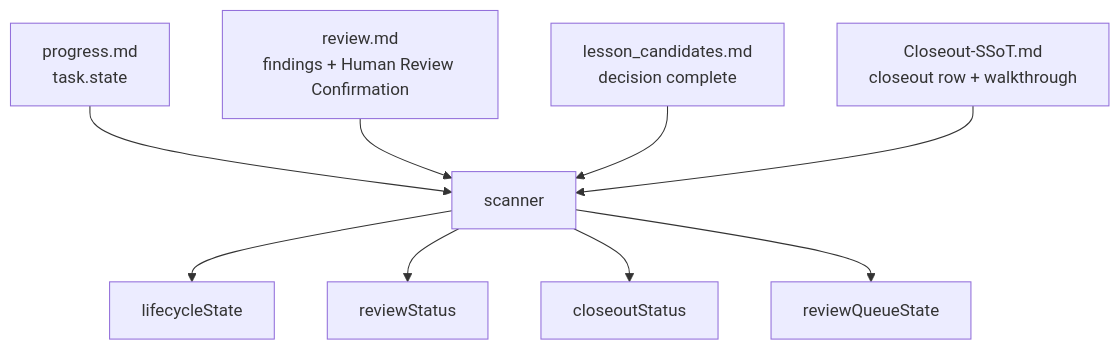
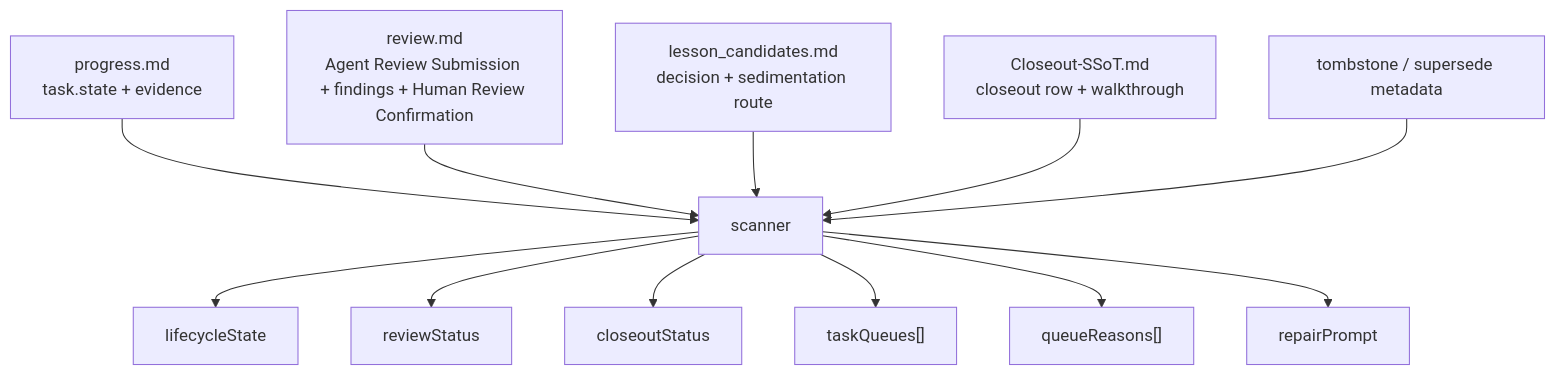
Before and after one commit to FairladyZ625/coding-agent-harness: the second of 4 diagrams in docs-release/guides/task-state-machine.en-US.md, drawn with Mermaid. The commit also changed other lines of this file and 29 other files, not shown here.

````diff
--- a/docs-release/guides/task-state-machine.en-US.md
+++ b/docs-release/guides/task-state-machine.en-US.md
@@ -32,18 +39,22 @@
 ```mermaid
 flowchart TB
-  Progress["progress.md<br/>task.state"]
-  Review["review.md<br/>findings + Human Review Confirmation"]
-  Lessons["lesson_candidates.md<br/>decision complete"]
+  Progress["progress.md<br/>task.state + evidence"]
+  Review["review.md<br/>Agent Review Submission + findings + Human Review Confirmation"]
+  Lessons["lesson_candidates.md<br/>decision + sedimentation route"]
   Closeout["Closeout-SSoT.md<br/>closeout row + walkthrough"]
+  Tombstone["tombstone / supersede metadata"]
   Scanner["scanner"]
 
   Progress --> Scanner
   Review --> Scanner
   Lessons --> Scanner
   Closeout --> Scanner
+  Tombstone --> Scanner
 
   Scanner --> Lifecycle["lifecycleState"]
   Scanner --> ReviewStatus["reviewStatus"]
   Scanner --> CloseoutStatus["closeoutStatus"]
-  Scanner --> Queue["reviewQueueState"]
+  Scanner --> Queues["taskQueues[]"]
+  Scanner --> Reasons["queueReasons[]"]
+  Scanner --> Prompt["repairPrompt"]
 ```
````
